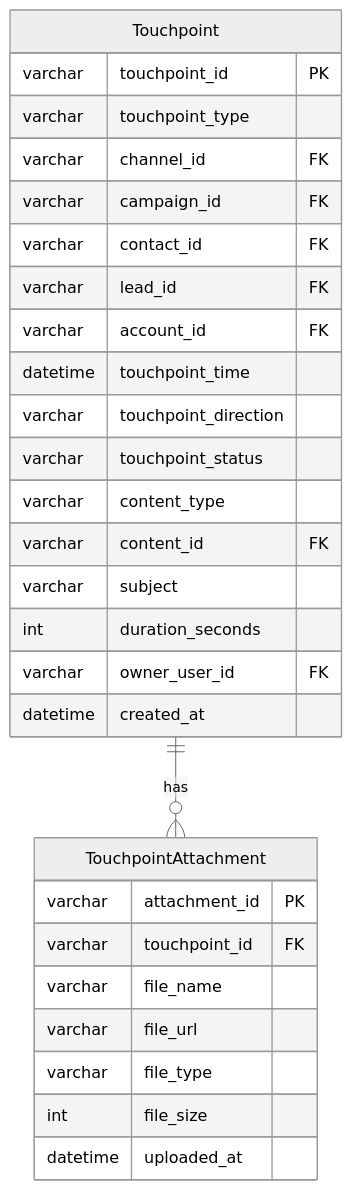
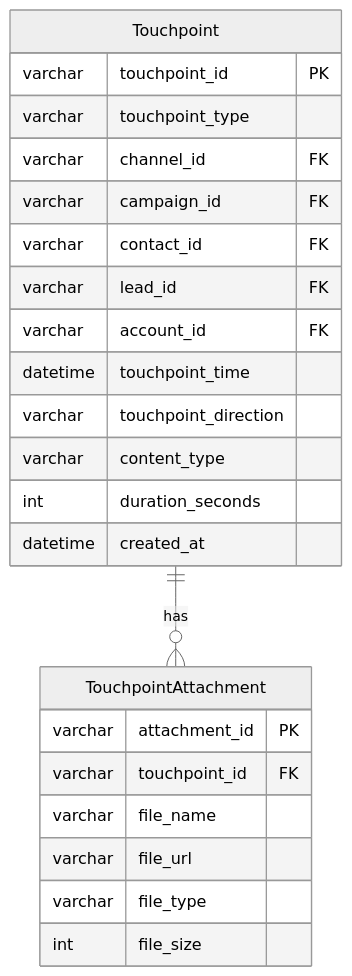
Before and after one commit to 312268112/advanced-java: the ninth of 25 diagrams in docs/b2b-cdp-entity-design.md, drawn with Mermaid (neutral theme). The commit also changed other lines of this file, not shown here.

````diff
--- a/docs/b2b-cdp-entity-design.md
+++ b/docs/b2b-cdp-entity-design.md
@@ -532,33 +400,28 @@
 ```mermaid
 erDiagram
     Touchpoint ||--o{ TouchpointAttachment : has
     
     Touchpoint {
         varchar touchpoint_id PK
         varchar touchpoint_type
         varchar channel_id FK
         varchar campaign_id FK
         varchar contact_id FK
         varchar lead_id FK
         varchar account_id FK
         datetime touchpoint_time
         varchar touchpoint_direction
-        varchar touchpoint_status
         varchar content_type
-        varchar content_id FK
-        varchar subject
         int duration_seconds
-        varchar owner_user_id FK
         datetime created_at
     }
     
     TouchpointAttachment {
         varchar attachment_id PK
         varchar touchpoint_id FK
         varchar file_name
         varchar file_url
         varchar file_type
         int file_size
-        datetime uploaded_at
     }
 ```
````
